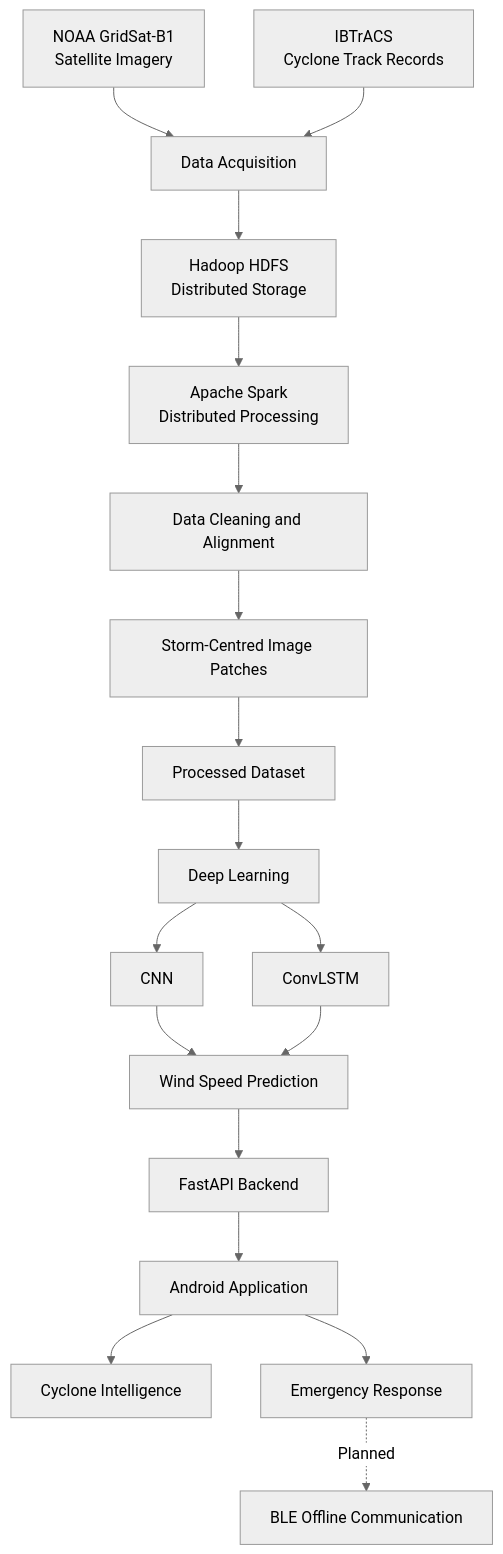
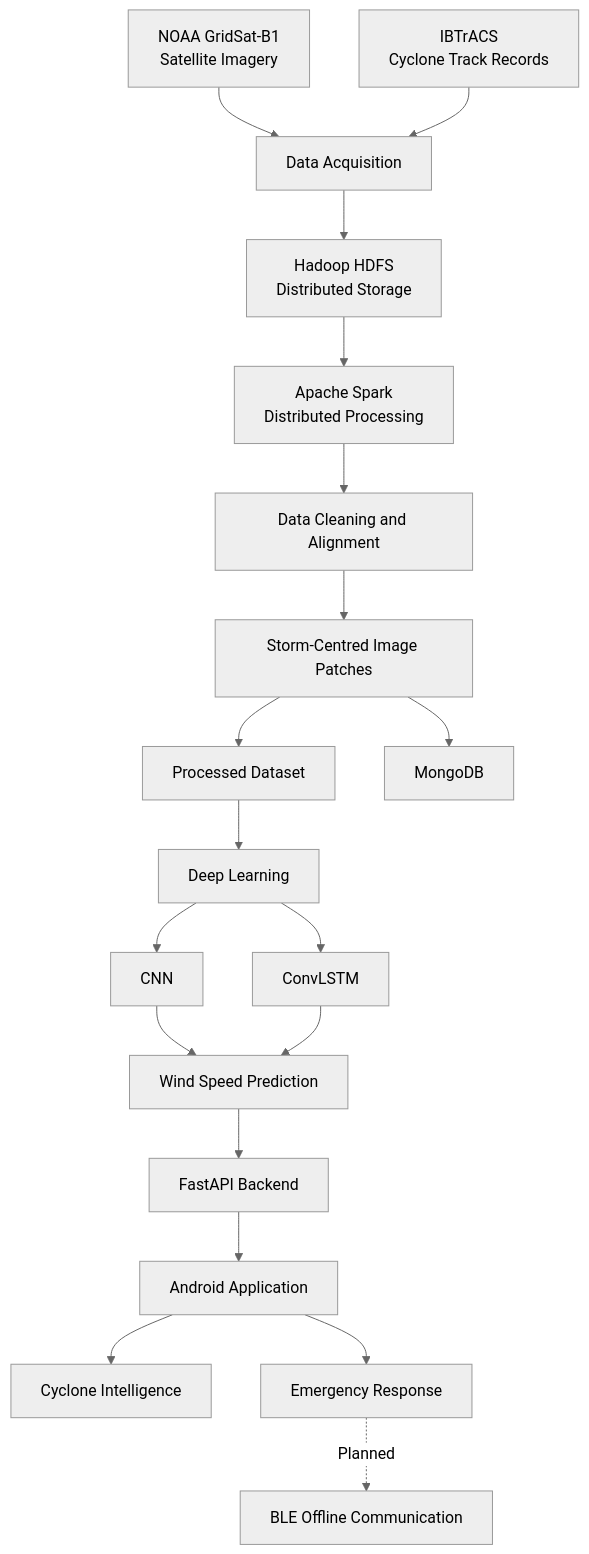
The diagram in README.md (sinchanabm-ux/CycloneConnect), drawn with Mermaid (neutral theme) before and after one commit. The commit also changed other lines of this file, not shown here.

````diff
--- a/README.md
+++ b/README.md
@@ -58,30 +58,31 @@
 ``` mermaid
 flowchart TD
     A[NOAA GridSat-B1<br/>Satellite Imagery]
     B[IBTrACS<br/>Cyclone Track Records]
 
     A --> C[Data Acquisition]
     B --> C
 
     C --> D[Hadoop HDFS<br/>Distributed Storage]
     D --> E[Apache Spark<br/>Distributed Processing]
 
     E --> F[Data Cleaning and Alignment]
     F --> G[Storm-Centred Image Patches]
     G --> H[Processed Dataset]
+    G --> R[MongoDB]
 
     H --> I[Deep Learning]
     I --> J[CNN]
     I --> K[ConvLSTM]
 
     J --> L[Wind Speed Prediction]
     K --> L
 
     L --> M[FastAPI Backend]
     M --> N[Android Application]
 
     N --> O[Cyclone Intelligence]
     N --> P[Emergency Response]
 
     P -. Planned .-> Q[BLE Offline Communication]
 ```
````
